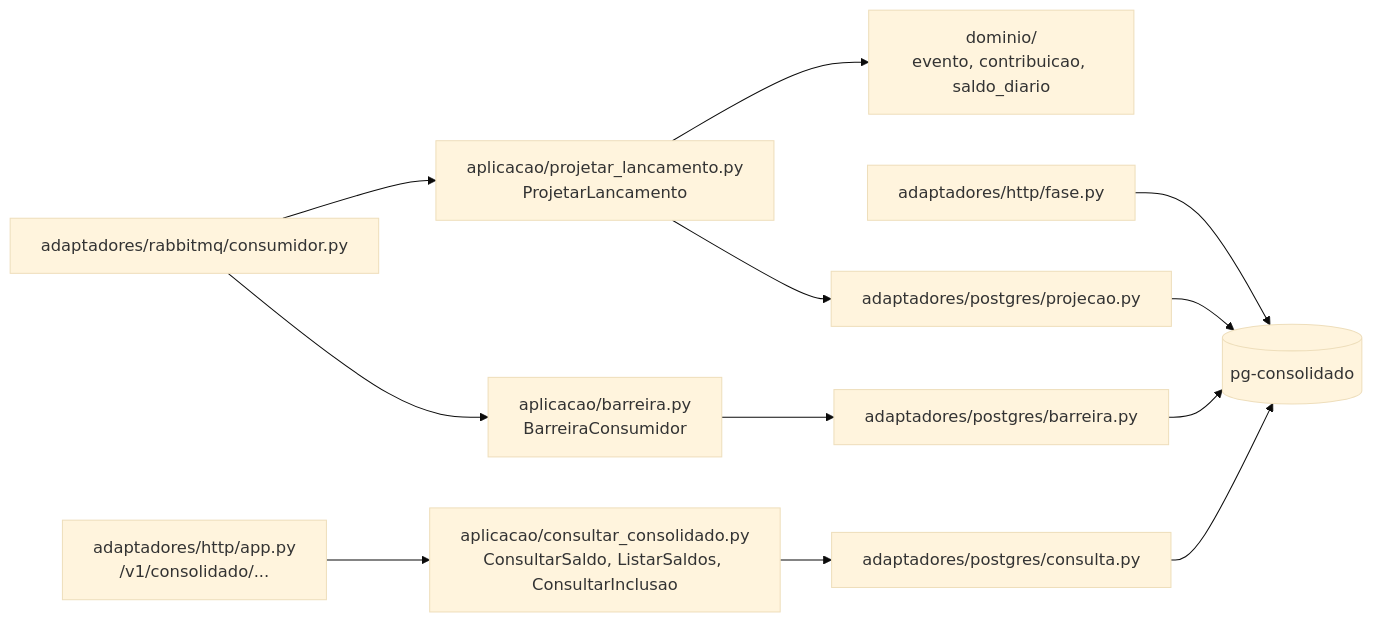
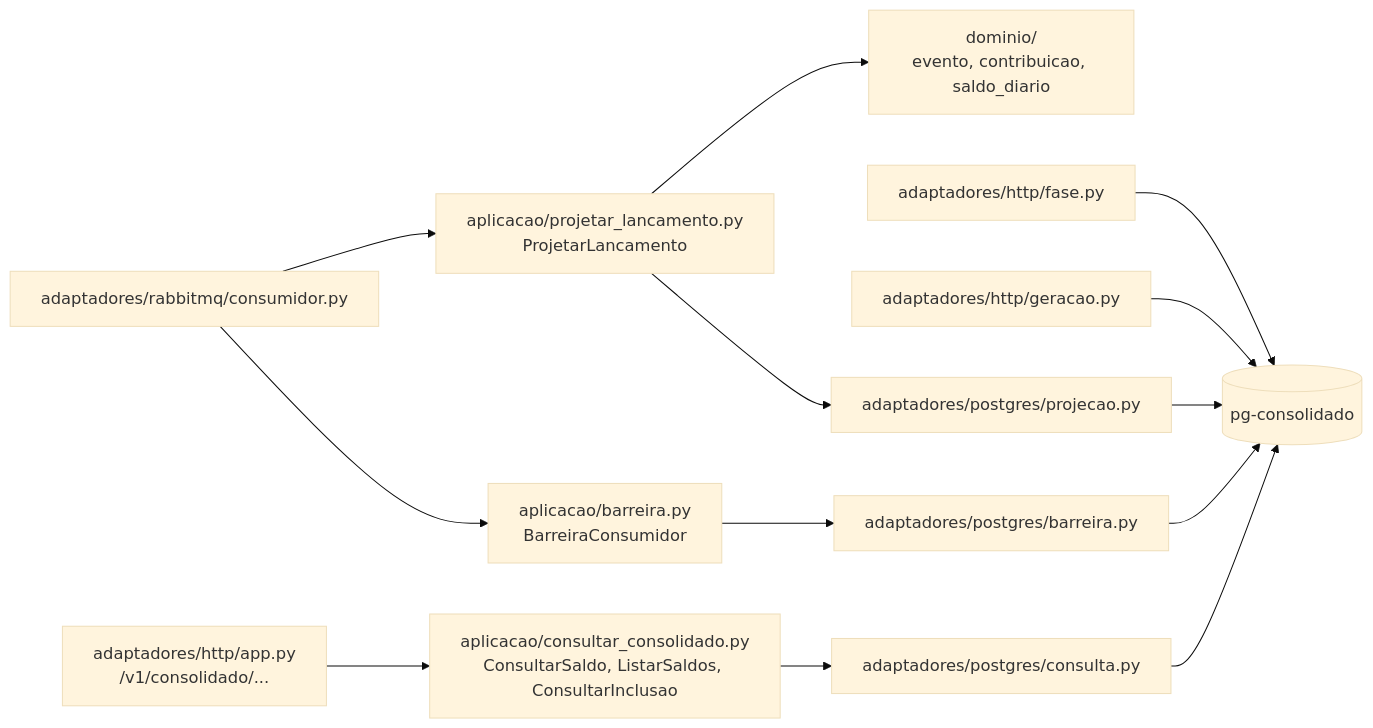
The third of 4 diagrams in docs/arquitetura/03-componentes.md (eduardojnet/cashflow), drawn with Mermaid (base theme) before and after one commit. The commit also changed other lines of this file and 5 other files, not shown here.

````diff
--- a/docs/arquitetura/03-componentes.md
+++ b/docs/arquitetura/03-componentes.md
@@ -152,25 +158,27 @@
 ```mermaid
 flowchart LR
     C["adaptadores/rabbitmq/consumidor.py"]
     PJ["aplicacao/projetar_lancamento.py<br/>ProjetarLancamento"]
     BA["aplicacao/barreira.py<br/>BarreiraConsumidor"]
     DO["dominio/<br/>evento, contribuicao, saldo_diario"]
     PP["adaptadores/postgres/projecao.py"]
     PB["adaptadores/postgres/barreira.py"]
     H["adaptadores/http/app.py<br/>/v1/consolidado/..."]
     CC["aplicacao/consultar_consolidado.py<br/>ConsultarSaldo, ListarSaldos, ConsultarInclusao"]
     PQ["adaptadores/postgres/consulta.py"]
     FA["adaptadores/http/fase.py"]
+    GE["adaptadores/http/geracao.py"]
     DB[("pg-consolidado")]
     C --> PJ
     C --> BA
     PJ --> DO
     PJ --> PP
     BA --> PB
     H --> CC
     CC --> PQ
     FA --> DB
+    GE --> DB
     PP --> DB
     PB --> DB
     PQ --> DB
 ```
````
